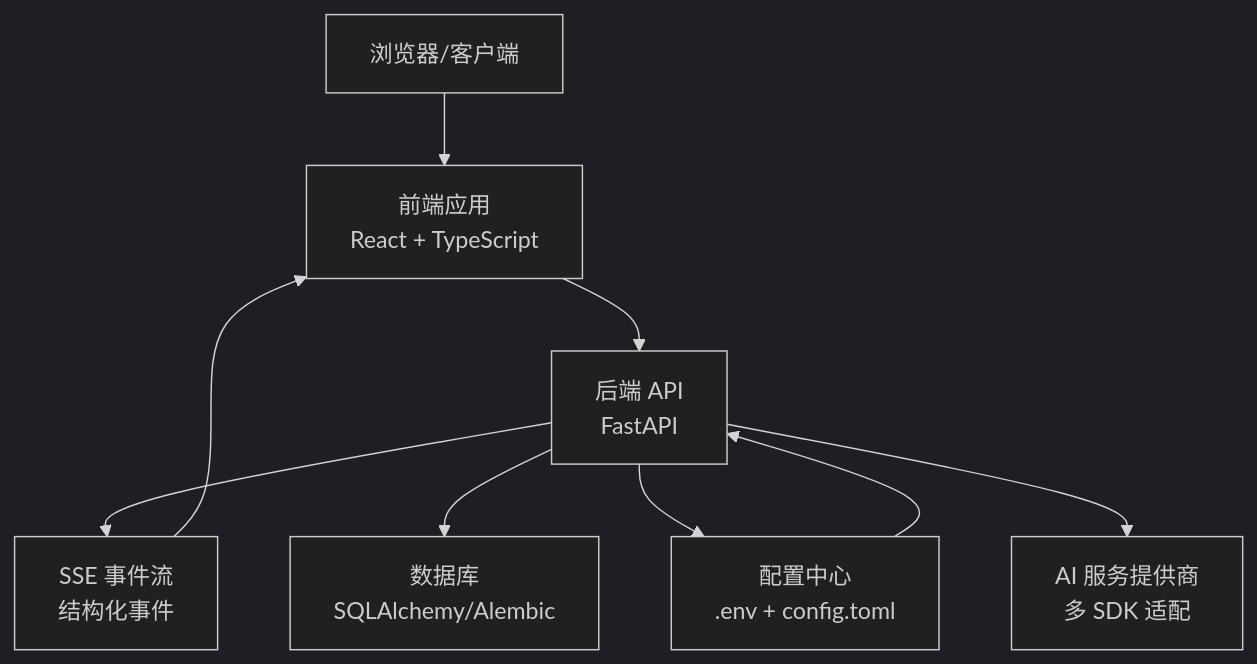
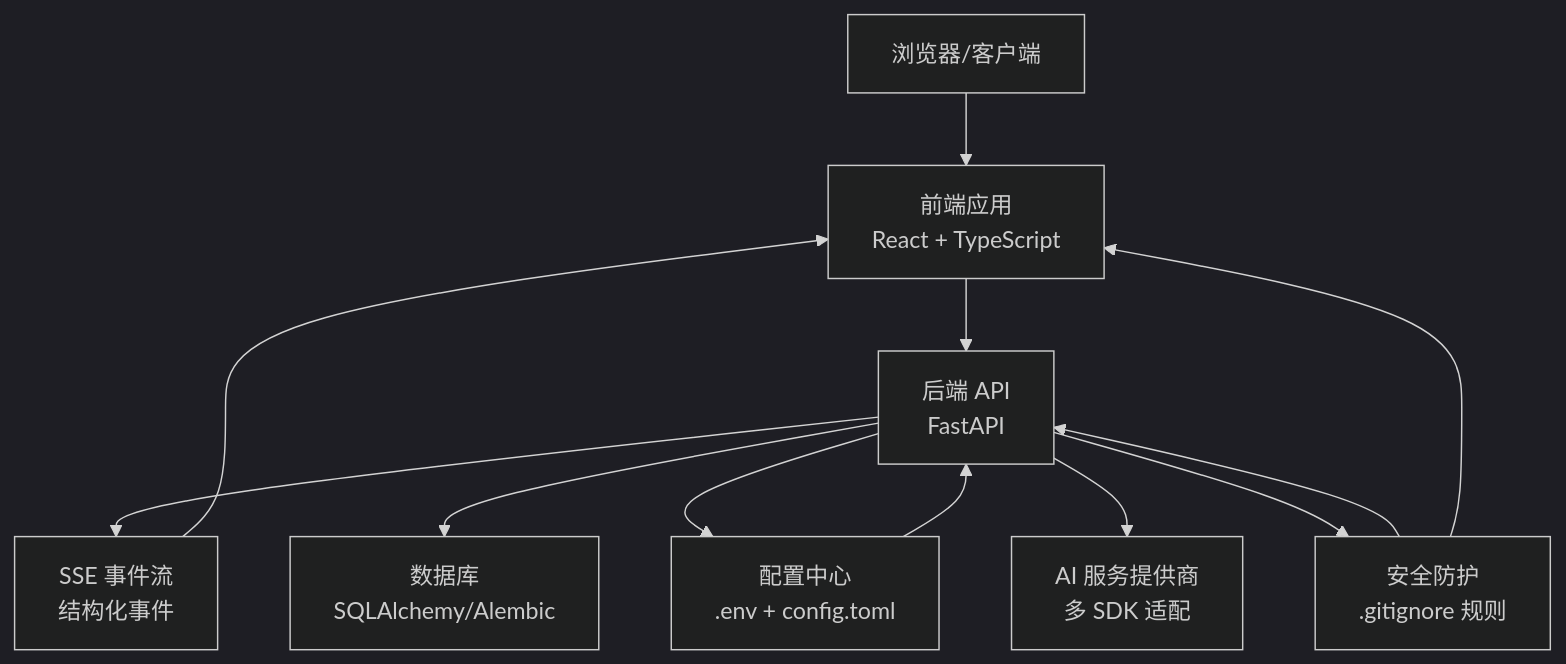
One commit to WyRainBow/Resume-Agent changed the second of 8 diagrams in .qoder/repowiki/zh/content/开发指南/开发指南.md. Above: the diagram before and after it, drawn with Mermaid (dark theme). The commit also changed other lines of this file and 1 other file, not shown here.

````diff
--- a/.qoder/repowiki/zh/content/开发指南/开发指南.md
+++ b/.qoder/repowiki/zh/content/开发指南/开发指南.md
@@ -108,11 +126,14 @@
 ```mermaid
 graph TB
 Client["浏览器/客户端"] --> FE["前端应用<br/>React + TypeScript"]
 FE --> API["后端 API<br/>FastAPI"]
 API --> SSE["SSE 事件流<br/>结构化事件"]
 SSE --> FE
 API --> DB["数据库<br/>SQLAlchemy/Alembic"]
 API --> CFG["配置中心<br/>.env + config.toml"]
 CFG --> API
 API --> LLM["AI 服务提供商<br/>多 SDK 适配"]
+API --> SEC["安全防护<br/>.gitignore 规则"]
+SEC --> API
+SEC --> FE
 ```
````
